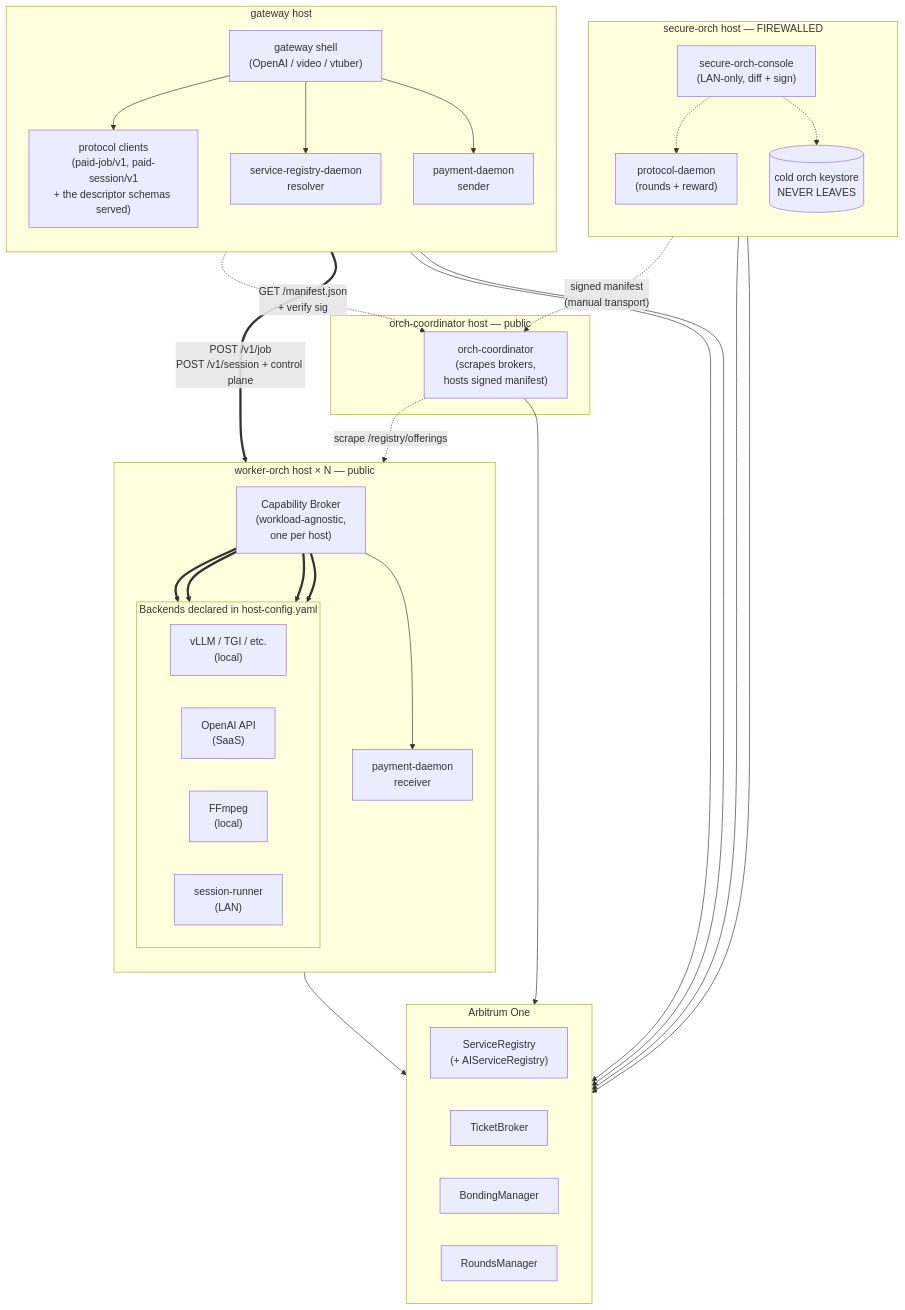
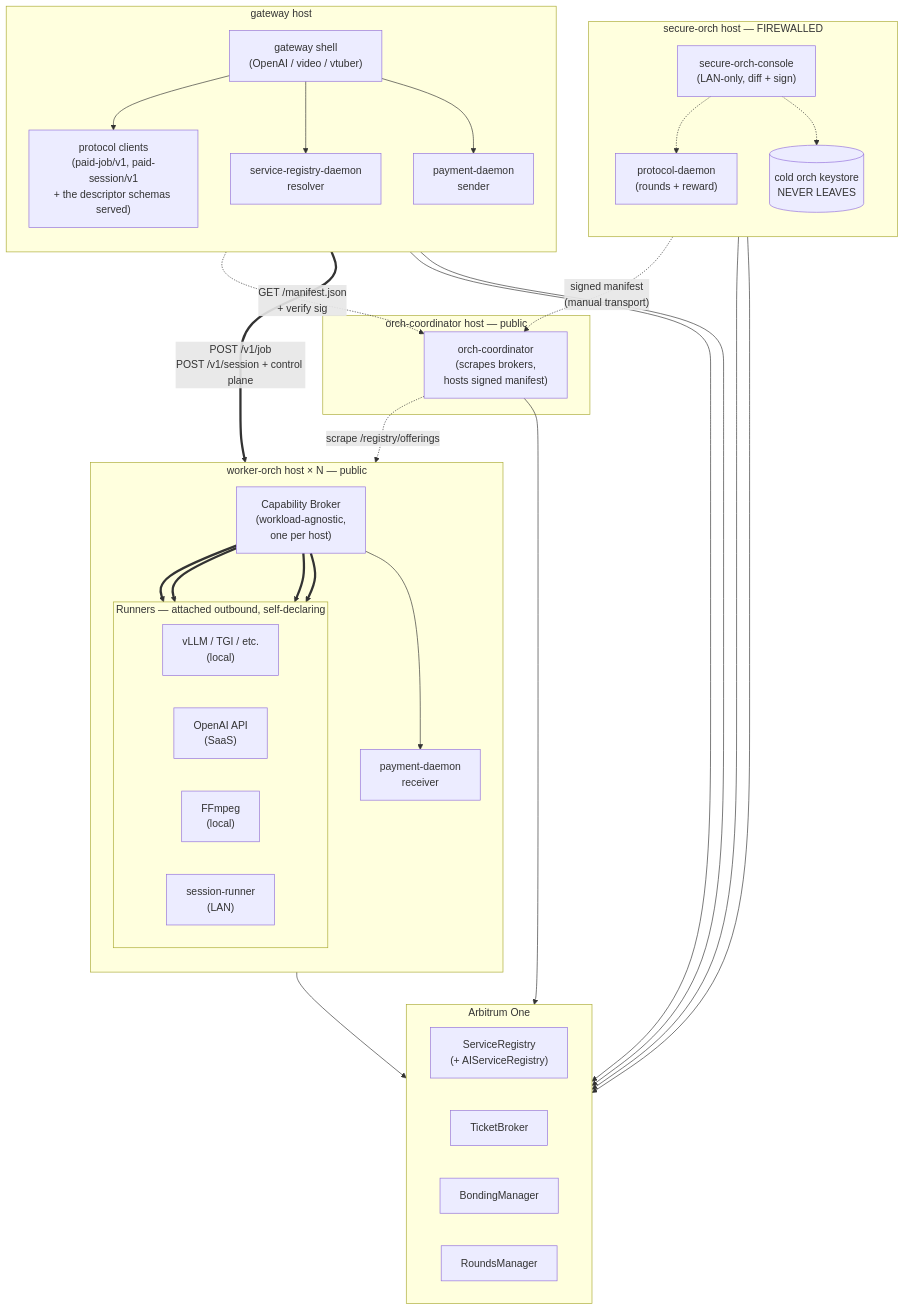
One commit to Cloud-SPE/livepeer-network-modules changed the first of 9 diagrams in docs/design-docs/architecture-overview.md. Above: the diagram before and after it, drawn with Mermaid. The commit also changed other lines of this file and 8 other files, not shown here.

````diff
--- a/docs/design-docs/architecture-overview.md
+++ b/docs/design-docs/architecture-overview.md
@@ -26,68 +26,68 @@
 ```mermaid
 flowchart TD
     subgraph chain["Arbitrum One"]
         direction LR
         SREG["ServiceRegistry<br/>(+ AIServiceRegistry)"]
         TB["TicketBroker"]
         BM["BondingManager"]
         RM["RoundsManager"]
     end
 
     subgraph secure_host["secure-orch host — FIREWALLED"]
         direction TB
         SOC["secure-orch-console<br/>(LAN-only, diff + sign)"]
         PRD["protocol-daemon<br/>(rounds + reward)"]
         COLD[("cold orch keystore<br/>NEVER LEAVES")]
     end
 
     subgraph coord_host["orch-coordinator host — public"]
         OC["orch-coordinator<br/>(scrapes brokers,<br/>hosts signed manifest)"]
     end
 
     subgraph worker_host["worker-orch host × N — public"]
         direction TB
         CB["Capability Broker<br/>(workload-agnostic,<br/>one per host)"]
         WPD["payment-daemon<br/>receiver"]
-        subgraph backends["Backends declared in host-config.yaml"]
+        subgraph backends["Runners — attached outbound, self-declaring"]
             direction LR
             VLLM["vLLM / TGI / etc.<br/>(local)"]
             OAIAPI["OpenAI API<br/>(SaaS)"]
             FFMPEG["FFmpeg<br/>(local)"]
             RUNNER["session-runner<br/>(LAN)"]
         end
     end
 
     subgraph gateway_host["gateway host"]
         direction TB
         GW["gateway shell<br/>(OpenAI / video / vtuber)"]
         GPD["payment-daemon<br/>sender"]
         SRD["service-registry-daemon<br/>resolver"]
         PROTO["protocol clients<br/>(paid-job/v1, paid-session/v1<br/>+ the descriptor schemas served)"]
     end
 
     SOC -.-> PRD
     SOC -.-> COLD
     PRD --> RM
     PRD --> BM
 
     SOC -.->|"signed manifest<br/>(manual transport)"| OC
     OC -.->|"scrape /registry/offerings"| CB
     OC --> SREG
 
     SRD --> SREG
     SRD -.->|"GET /manifest.json<br/>+ verify sig"| OC
 
     GW --> PROTO
     GW --> SRD
     GW --> GPD
     GPD --> TB
 
     PROTO ==>|"POST /v1/job<br/>POST /v1/session + control plane"| CB
     CB --> WPD
     WPD --> TB
 
     CB ==> VLLM
     CB ==> OAIAPI
     CB ==> FFMPEG
     CB ==> RUNNER
 ```
````
